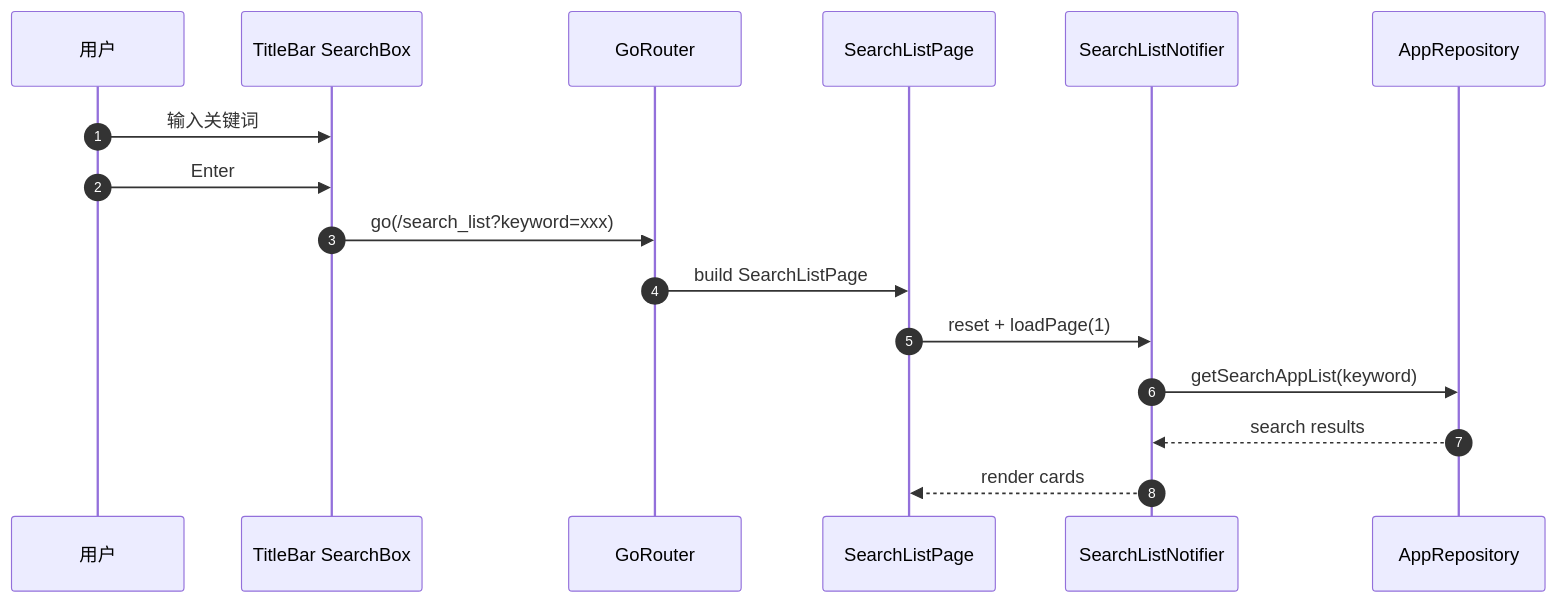
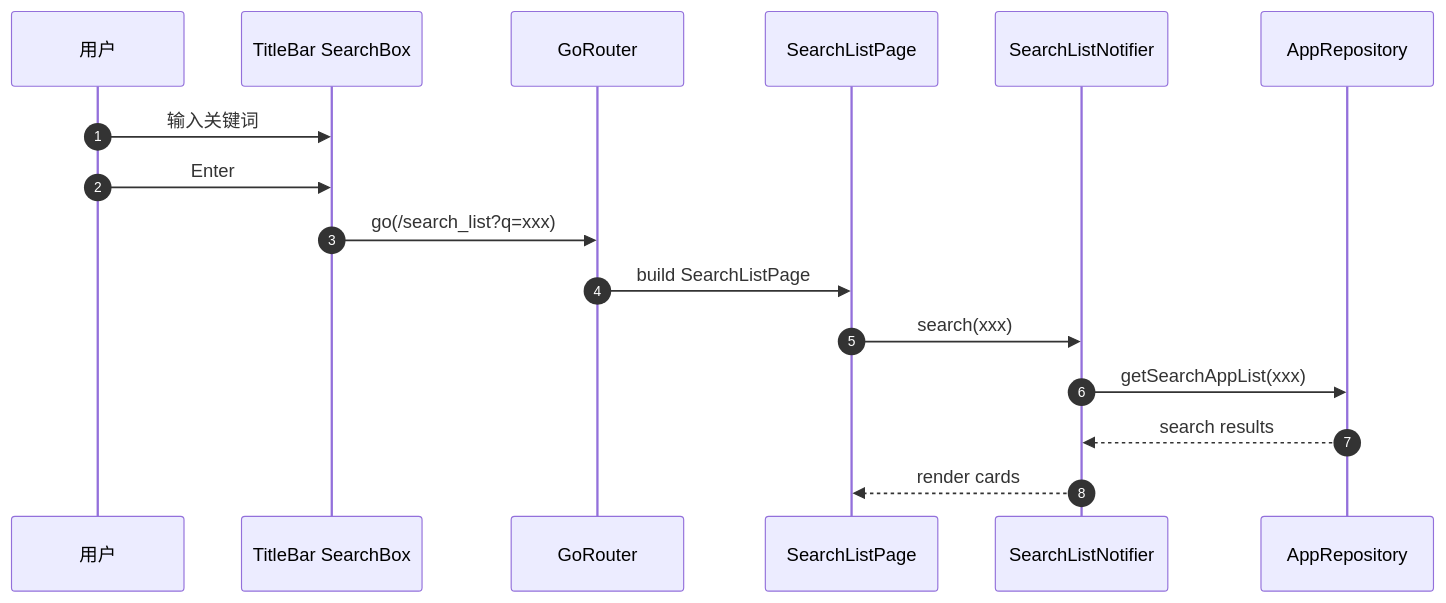
Before and after one commit to HanHan666666/flutter-linglong-store: diagram 15 of 16 in docs/07-runtime-sequence-and-state-diagrams.md, drawn with Mermaid. The commit also changed 10 other files, not shown here.

````diff
--- a/docs/07-runtime-sequence-and-state-diagrams.md
+++ b/docs/07-runtime-sequence-and-state-diagrams.md
@@ -546,19 +546,19 @@
 ```mermaid
 sequenceDiagram
     autonumber
     participant User as 用户
     participant TitleBar as TitleBar SearchBox
     participant Router as GoRouter
     participant Page as SearchListPage
     participant Notifier as SearchListNotifier
     participant API as AppRepository
 
     User->>TitleBar: 输入关键词
     User->>TitleBar: Enter
-    TitleBar->>Router: go(/search_list?keyword=xxx)
+    TitleBar->>Router: go(/search_list?q=xxx)
     Router->>Page: build SearchListPage
-    Page->>Notifier: reset + loadPage(1)
-    Notifier->>API: getSearchAppList(keyword)
+    Page->>Notifier: search(xxx)
+    Notifier->>API: getSearchAppList(xxx)
     API-->>Notifier: search results
     Notifier-->>Page: render cards
 ```
````
